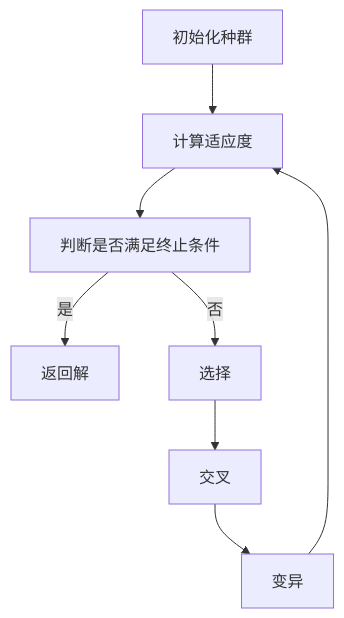
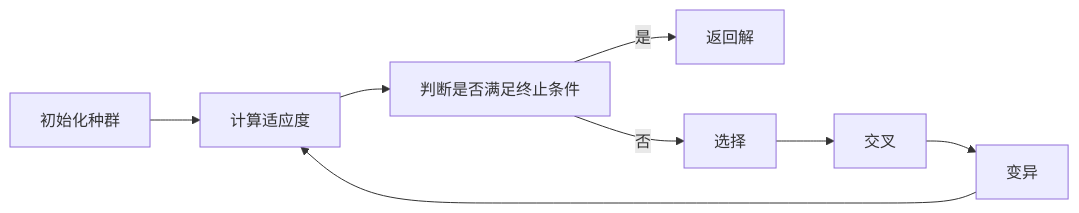
Before and after one commit to truman0102/truman0102.github.io: the diagram in _posts/2023-12-04-search.md, drawn with Mermaid. The commit also changed other lines of this file and 1 other file, not shown here.

```diff
--- a/_posts/2023-12-04-search.md
+++ b/_posts/2023-12-04-search.md
@@ -361,10 +361,10 @@
 {% mermaid %}
-graph TD
+graph LR
     A[初始化种群] --> B[计算适应度]
     B --> C[判断是否满足终止条件]
     C --> |是| D[返回解]
     C --> |否| E[选择]
     E --> F[交叉]
     F --> G[变异]
     G --> B
 {% endmermaid %}
```
